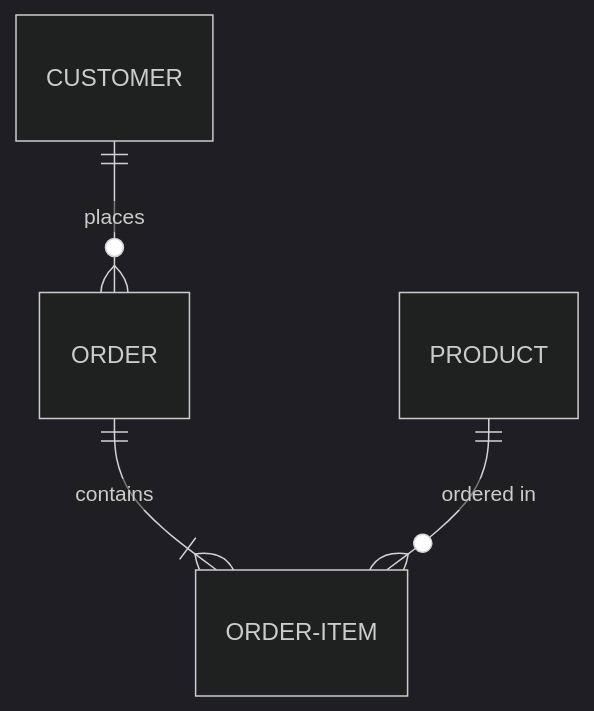
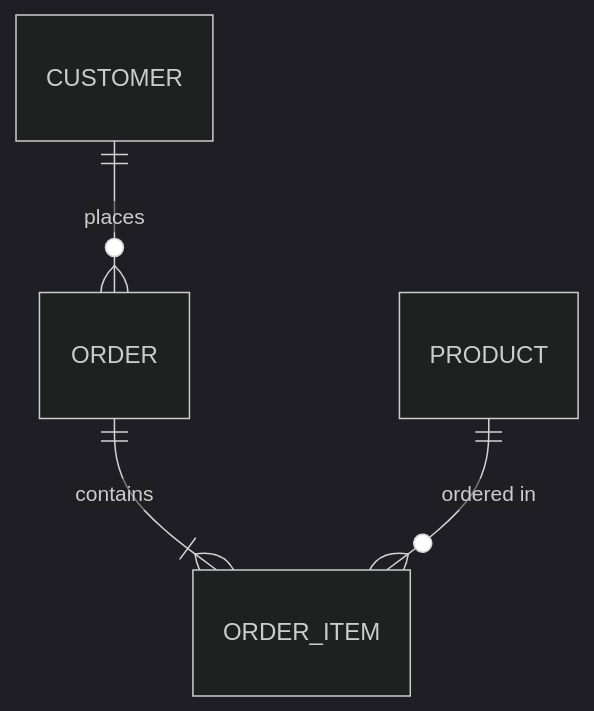
One commit to narumiruna/agent-skills changed the diagram in skills/slides-visuals/creating-mermaid-diagrams/assets/examples/er/basic.mmd. Above: the diagram before and after it, drawn with Mermaid (dark theme). The commit also changed 33 other files, not shown here.

```diff
--- a/skills/slides-visuals/creating-mermaid-diagrams/assets/examples/er/basic.mmd
+++ b/skills/slides-visuals/creating-mermaid-diagrams/assets/examples/er/basic.mmd
@@ -1,4 +1,4 @@
 erDiagram
     CUSTOMER ||--o{ ORDER : places
-    ORDER ||--|{ ORDER-ITEM : contains
-    PRODUCT ||--o{ ORDER-ITEM : "ordered in"
+    ORDER ||--|{ ORDER_ITEM : contains
+    PRODUCT ||--o{ ORDER_ITEM : "ordered in"
```
